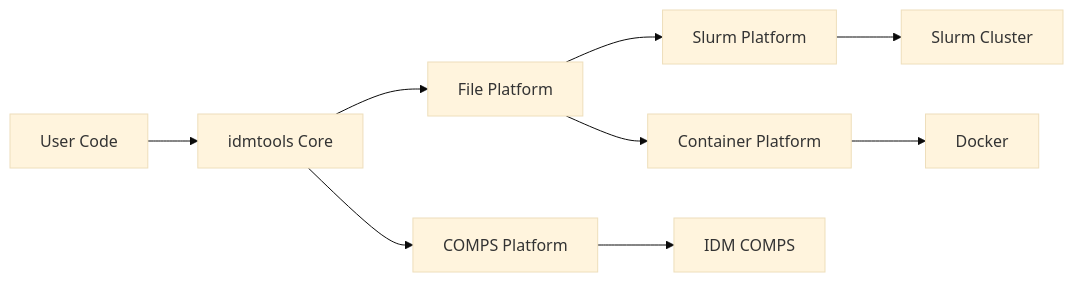
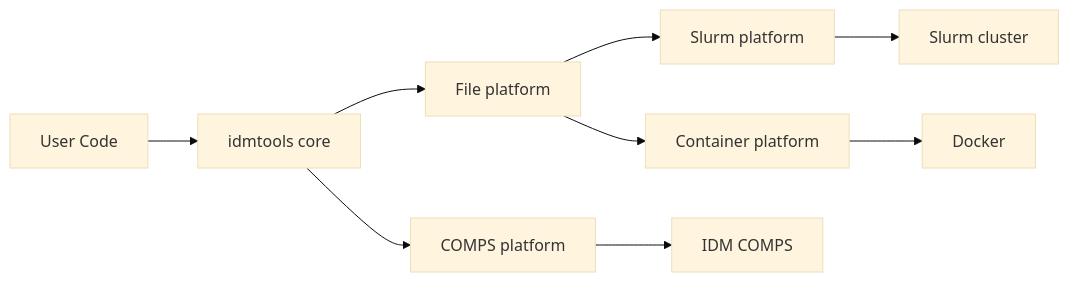
Before and after one commit to InstituteforDiseaseModeling/idmtools: the diagram in docs/index.md, drawn with Mermaid (base theme). The commit also changed other lines of this file and 1 other file, not shown here.

Commit message:
added custom_dir override for superfences to enable mermaid diagrams to render

````diff
--- a/docs/index.md
+++ b/docs/index.md
@@ -68,11 +68,11 @@
 ```mermaid
 graph LR
-    A[User Code] --> B[idmtools Core]
-    B --> C[COMPS Platform]
-    B --> F[File Platform]
-    F --> D[Slurm Platform]
-    F --> E[Container Platform]
+    A[User Code] --> B[idmtools core]
+    B --> C[COMPS platform]
+    B --> F[File platform]
+    F --> D[Slurm platform]
+    F --> E[Container platform]
     C --> G[IDM COMPS]
-    D --> I[Slurm Cluster]
+    D --> I[Slurm cluster]
     E --> H[Docker]
 ```
````
